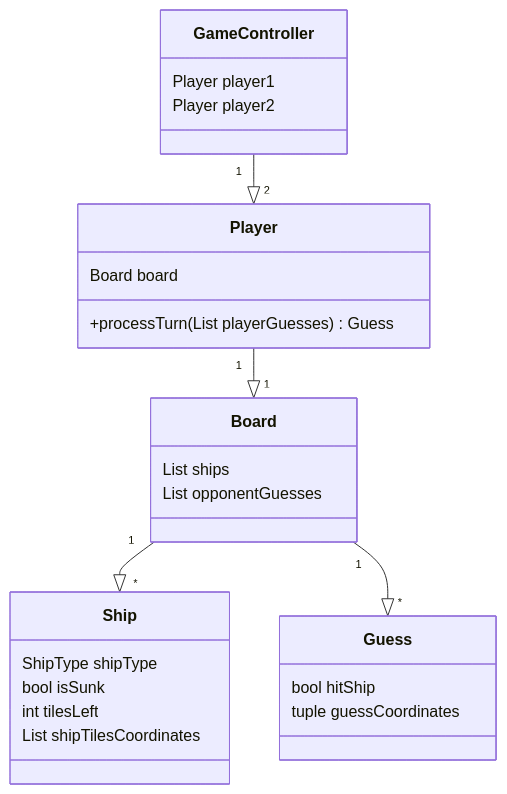
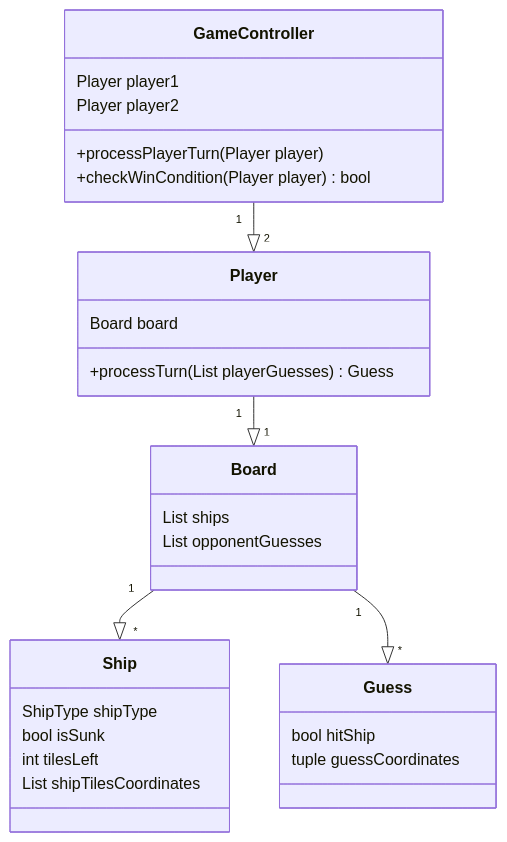
Before and after one commit to BlueShiftButterfly/Ohjelmistotekniikka: the diagram in laivanupotuspeli/dokumentaatio/arkkitehtuuri.md, drawn with Mermaid.

Commit message:
Update graph

````diff
--- a/laivanupotuspeli/dokumentaatio/arkkitehtuuri.md
+++ b/laivanupotuspeli/dokumentaatio/arkkitehtuuri.md
@@ -5,31 +5,34 @@
 ```mermaid
  classDiagram
 
     Player "1" --|> "1" Board
     Board "1" --|> "*" Ship
     Board "1" --|> "*" Guess
     GameController "1" --|> "2" Player
 
     class Guess{
         bool hitShip
         tuple guessCoordinates
     }
     class Player{
         Board board
         +processTurn(List<Guess> playerGuesses) Guess
     }
     class Ship{
         ShipType shipType
         bool isSunk
         int tilesLeft
         List<tuple> shipTilesCoordinates
     }
     class Board{
         List<Ship> ships
         List<Guess> opponentGuesses
     }
     class GameController {
         Player player1        
         Player player2
+
+        +processPlayerTurn(Player player)
+        +checkWinCondition(Player player) bool
     }
 ```
````
